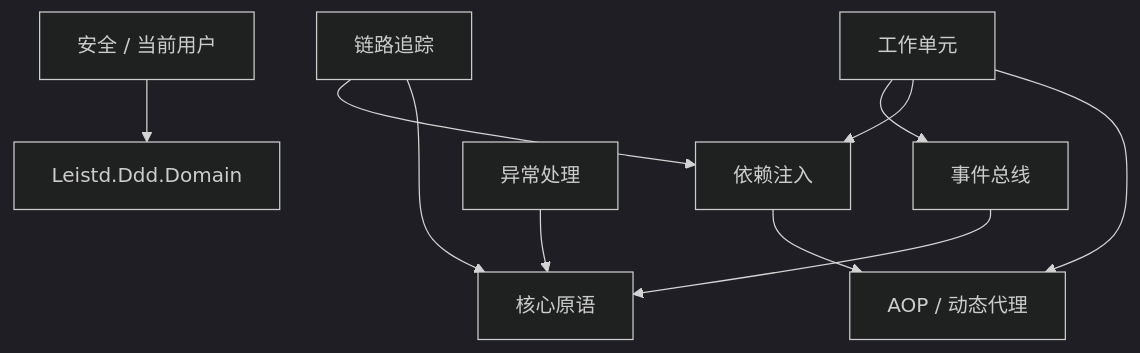
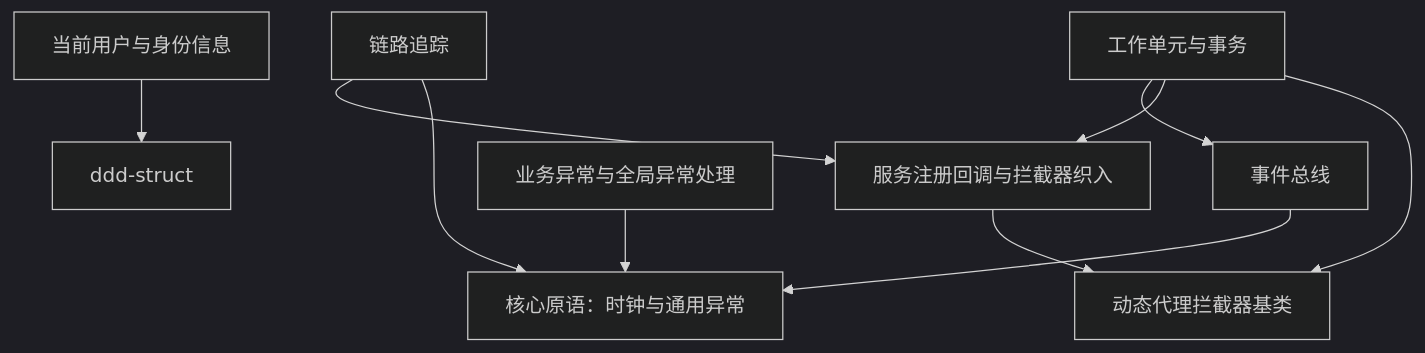
The diagram in framework/docs/components/README.md (zengqinglei/leistd-net), drawn with Mermaid (dark theme) before and after one commit. The commit also changed other lines of this file and 15 other files, not shown here.

````diff
--- a/framework/docs/components/README.md
+++ b/framework/docs/components/README.md
@@ -25,16 +25,15 @@
 ```mermaid
 graph TD
-    dependency-injection[依赖注入] --> aop[AOP / 动态代理]
+    dependency-injection[服务注册回调与拦截器织入] --> aop[动态代理拦截器基类]
 
-    event-bus[事件总线] --> core[核心原语]
-    exception[异常处理] --> core
+    event-bus[事件总线] --> core[核心原语：时钟与通用异常]
+    exception[业务异常与全局异常处理] --> core
     tracing[链路追踪] --> core
-
     tracing --> dependency-injection
 
-    security[安全 / 当前用户] --> ddd-domain[Leistd.Ddd.Domain]
-
-    unit-of-work[工作单元] --> aop
+    unit-of-work[工作单元与事务] --> aop
     unit-of-work --> dependency-injection
     unit-of-work --> event-bus
+
+    security[当前用户与身份信息] --> ddd-struct[ddd-struct]
 ```
````
